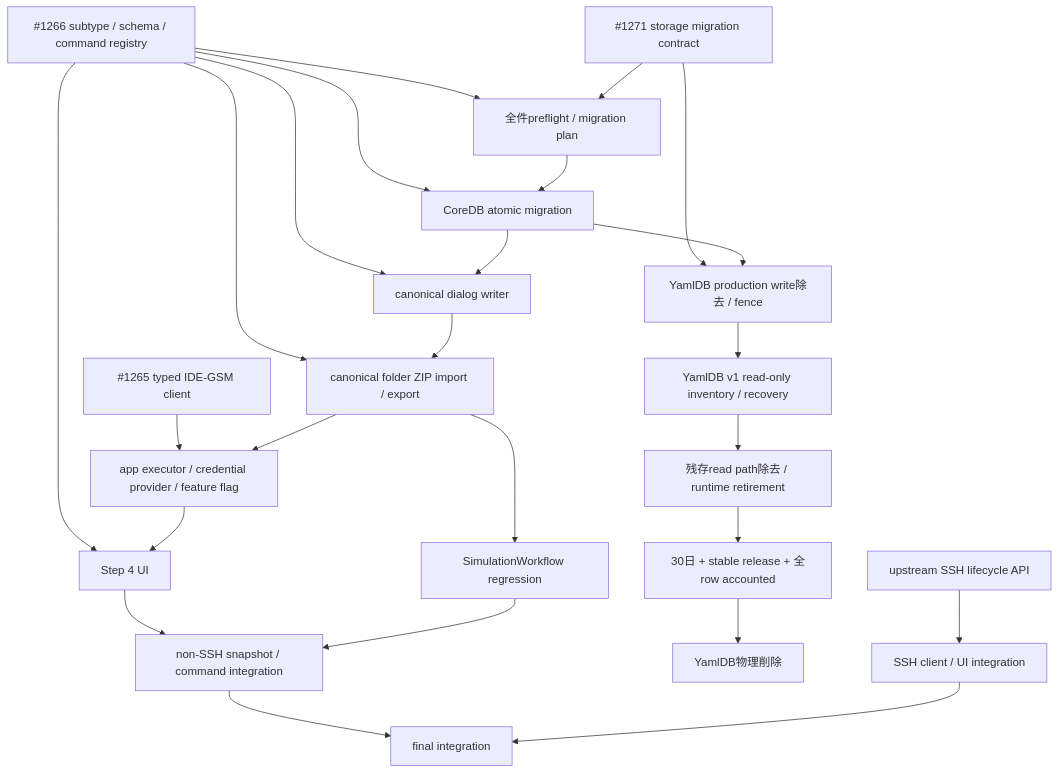
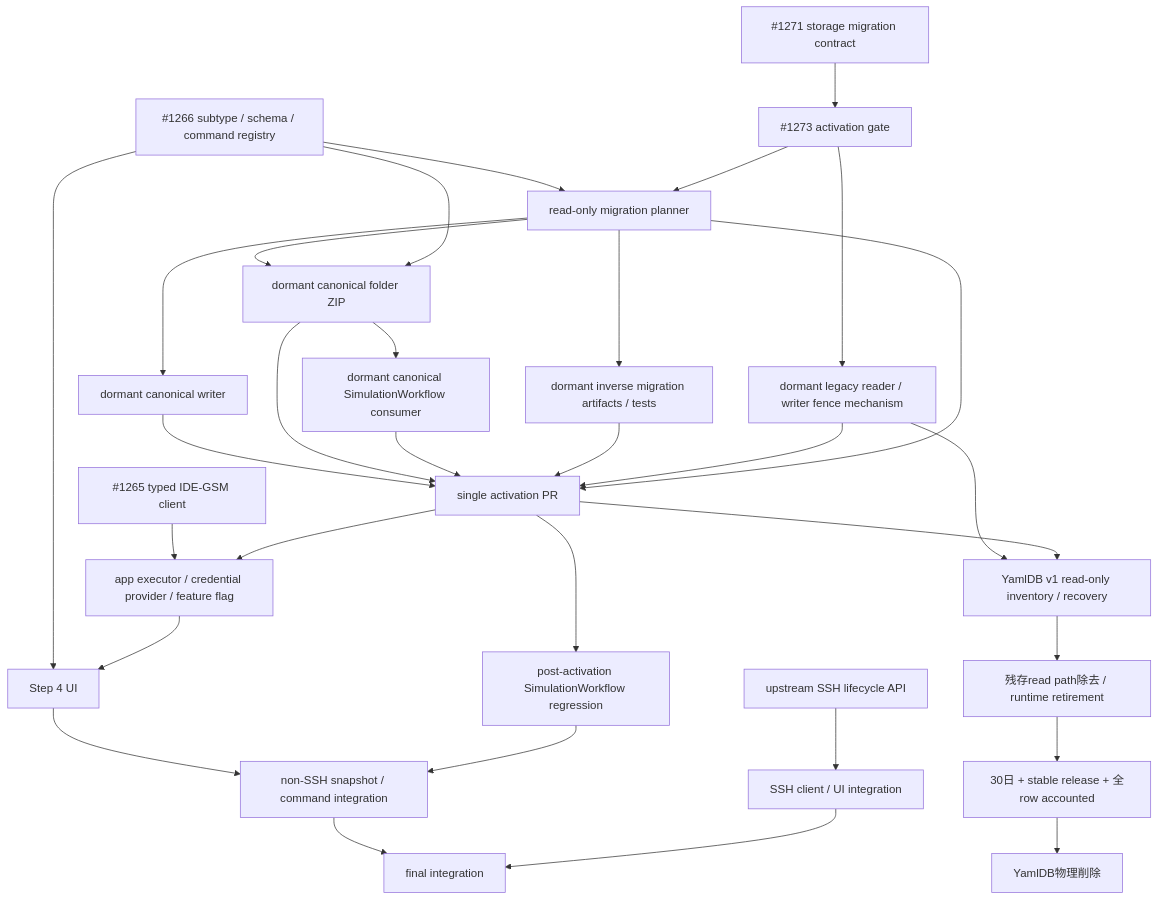
One commit to kubohiroya/hierarchidb changed the first of 2 diagrams in docs/yaml-plugin-ide-gsm-step4-spec.md. Above: the diagram before and after it, drawn with Mermaid. The commit also changed other lines of this file, not shown here.

Commit message:
docs(yaml): define storage activation gate

````diff
--- a/docs/yaml-plugin-ide-gsm-step4-spec.md
+++ b/docs/yaml-plugin-ide-gsm-step4-spec.md
@@ -297,29 +319,35 @@
 ```mermaid
 graph TD
-  Registry["#1266 subtype / schema / command registry"] --> Preflight["全件preflight / migration plan"]
-  Registry --> CoreMigration["CoreDB atomic migration"]
-  Registry --> DialogWriter["canonical dialog writer"]
-  Registry --> SnapshotIO["canonical folder ZIP import / export"]
+  Registry["#1266 subtype / schema / command registry"] --> Planner["read-only migration planner"]
+  Contract["#1271 storage migration contract"] --> ActivationContract["#1273 activation gate"]
+  ActivationContract --> Planner
+  Planner --> DormantWriter["dormant canonical writer"]
+  Planner --> DormantSnapshotIO["dormant canonical folder ZIP"]
+  DormantSnapshotIO --> DormantSimulation["dormant canonical SimulationWorkflow consumer"]
+  Planner --> InverseArtifacts["dormant inverse migration artifacts / tests"]
+  ActivationContract --> WriterFence["dormant legacy reader / writer fence mechanism"]
+  DormantWriter --> Activation["single activation PR"]
+  DormantSnapshotIO --> Activation
+  DormantSimulation --> Activation
+  InverseArtifacts --> Activation
+  WriterFence --> Activation
+  Planner --> Activation
+  Registry --> DormantSnapshotIO
   Registry --> Step4["Step 4 UI"]
-  Contract["#1271 storage migration contract"] --> Preflight
-  Preflight --> CoreMigration["CoreDB atomic migration"]
-  CoreMigration --> DialogWriter["canonical dialog writer"]
-  DialogWriter --> SnapshotIO["canonical folder ZIP import / export"]
   Client["#1265 typed IDE-GSM client"] --> Executor["app executor / credential provider / feature flag"]
-  SnapshotIO --> Executor
+  Activation --> Executor
   Executor --> Step4
-  SnapshotIO --> SimulationRegression["SimulationWorkflow regression"]
+  Activation --> SimulationRegression["post-activation SimulationWorkflow regression"]
   Step4 --> NonSshIntegration["non-SSH snapshot / command integration"]
   SimulationRegression --> NonSshIntegration
 
-  Contract --> FreezeYamlWrites["YamlDB production write除去 / fence"]
-  CoreMigration --> FreezeYamlWrites
-  FreezeYamlWrites --> LegacyRecovery["YamlDB v1 read-only inventory / recovery"]
+  WriterFence --> LegacyRecovery["YamlDB v1 read-only inventory / recovery"]
+  Activation --> LegacyRecovery
   LegacyRecovery --> RemoveYamlReads["残存read path除去 / runtime retirement"]
   RemoveYamlReads --> RetentionGate["30日 + stable release + 全row accounted"]
   RetentionGate --> DeleteYamlDB["YamlDB物理削除"]
 
   UpstreamSsh["upstream SSH lifecycle API"] --> SshIntegration["SSH client / UI integration"]
   NonSshIntegration --> FinalIntegration["final integration"]
   SshIntegration --> FinalIntegration
 ```
````
